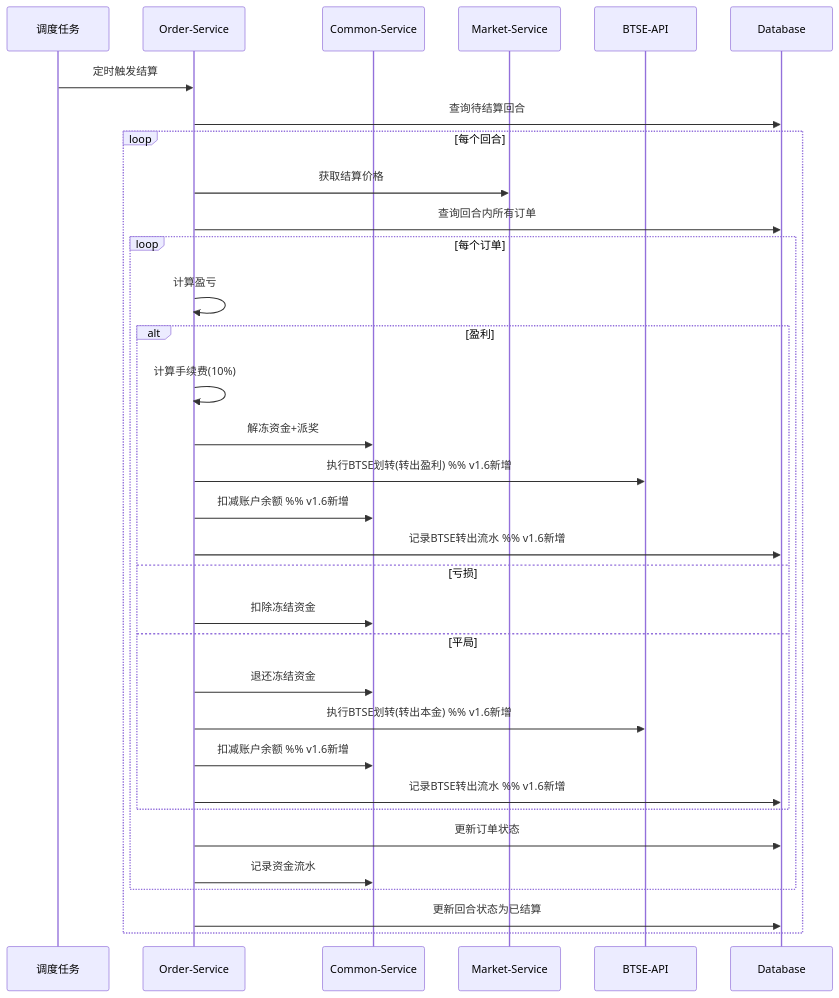
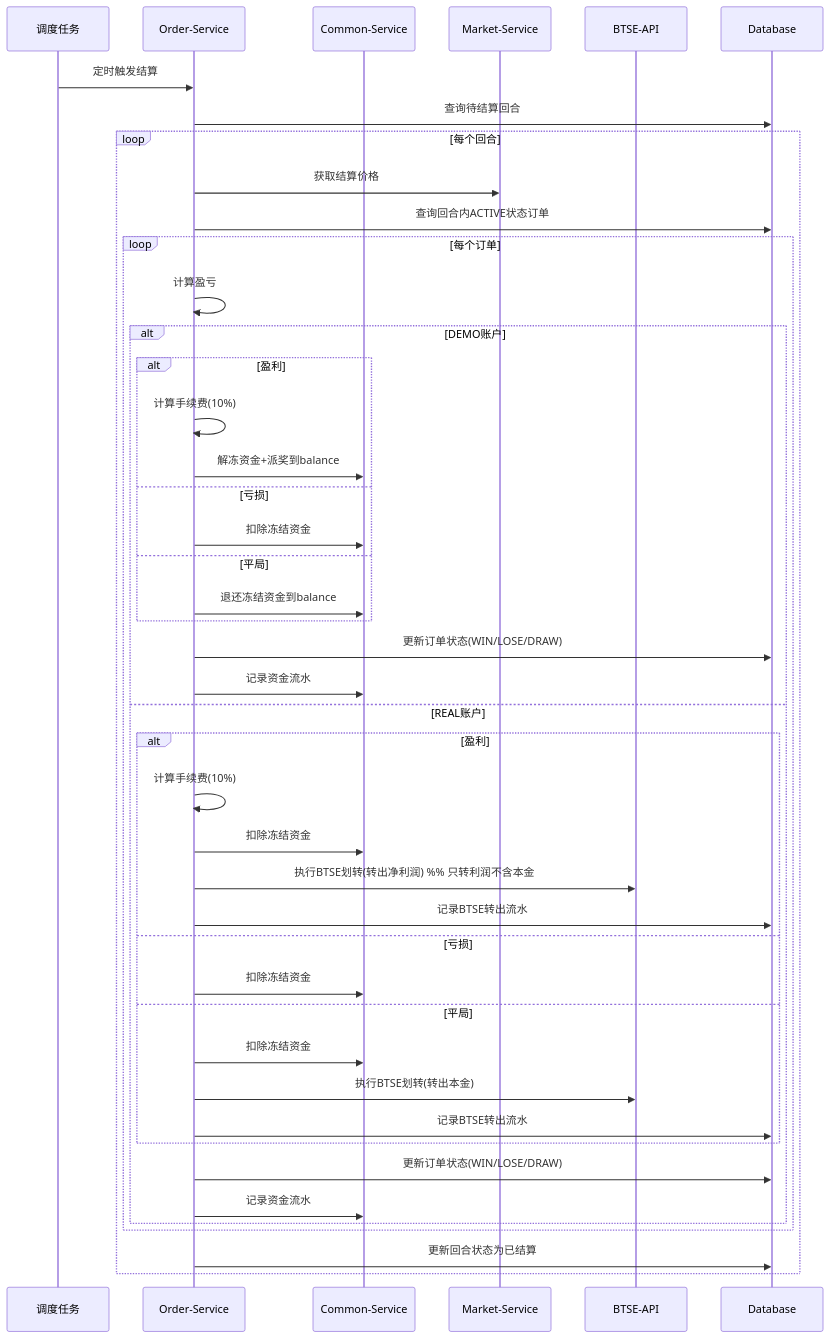
The third of 8 diagrams in 2. 设计类/207_05_业务流程设计.md (barry428/BinaryOptionDocs), drawn with Mermaid before and after one commit. The commit also changed other lines of this file and 5 other files, not shown here.

````diff
--- a/2. 设计类/207_05_业务流程设计.md
+++ b/2. 设计类/207_05_业务流程设计.md
@@ -161,36 +183,47 @@
 ```mermaid
 sequenceDiagram
     participant S as 调度任务
     participant O as Order-Service
     participant C as Common-Service
     participant M as Market-Service
     participant B as BTSE-API
     participant DB as Database
 
     S->>O: 定时触发结算
     O->>DB: 查询待结算回合
     loop 每个回合
         O->>M: 获取结算价格
-        O->>DB: 查询回合内所有订单
+        O->>DB: 查询回合内ACTIVE状态订单
         loop 每个订单
             O->>O: 计算盈亏
-            alt 盈利
-                O->>O: 计算手续费(10%)
-                O->>C: 解冻资金+派奖
-                O->>B: 执行BTSE划转(转出盈利)  %% v1.6新增
-                O->>C: 扣减账户余额  %% v1.6新增
-                O->>DB: 记录BTSE转出流水  %% v1.6新增
-            else 亏损
-                O->>C: 扣除冻结资金
-            else 平局
-                O->>C: 退还冻结资金
-                O->>B: 执行BTSE划转(转出本金)  %% v1.6新增
-                O->>C: 扣减账户余额  %% v1.6新增
-                O->>DB: 记录BTSE转出流水  %% v1.6新增
+            alt DEMO账户
+                alt 盈利
+                    O->>O: 计算手续费(10%)
+                    O->>C: 解冻资金+派奖到balance
+                else 亏损
+                    O->>C: 扣除冻结资金
+                else 平局
+                    O->>C: 退还冻结资金到balance
+                end
+                O->>DB: 更新订单状态(WIN/LOSE/DRAW)
+                O->>C: 记录资金流水
+            else REAL账户
+                alt 盈利
+                    O->>O: 计算手续费(10%)
+                    O->>C: 扣除冻结资金
+                    O->>B: 执行BTSE划转(转出净利润)  %% 只转利润不含本金
+                    O->>DB: 记录BTSE转出流水
+                else 亏损
+                    O->>C: 扣除冻结资金
+                else 平局
+                    O->>C: 扣除冻结资金
+                    O->>B: 执行BTSE划转(转出本金)
+                    O->>DB: 记录BTSE转出流水
+                end
+                O->>DB: 更新订单状态(WIN/LOSE/DRAW)
+                O->>C: 记录资金流水
             end
-            O->>DB: 更新订单状态
-            O->>C: 记录资金流水
         end
         O->>DB: 更新回合状态为已结算
     end
 ```
````
